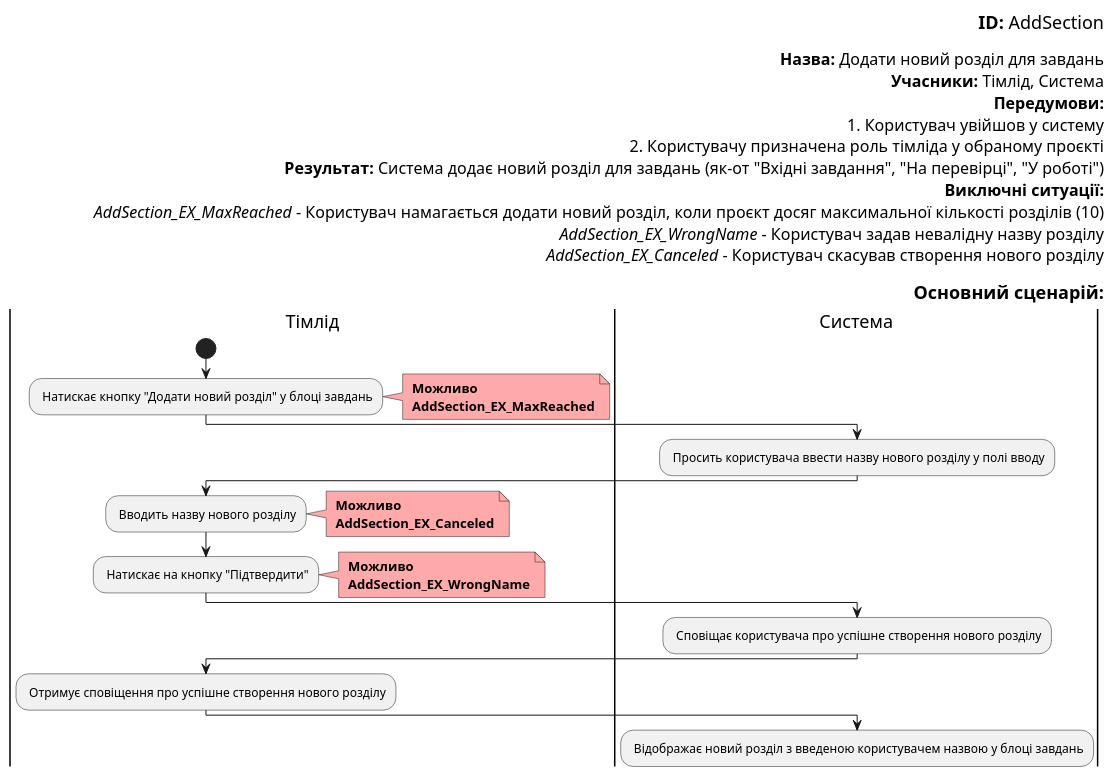
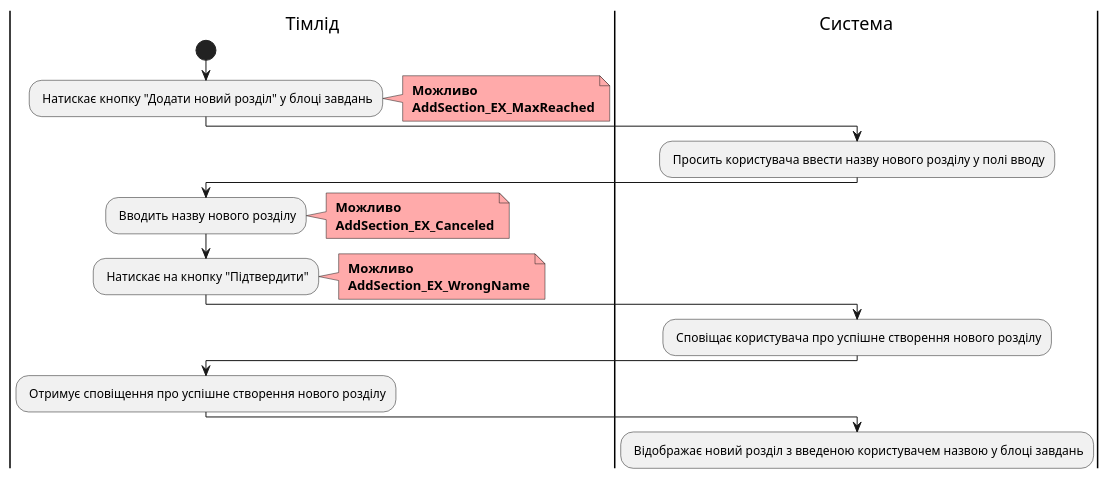
One commit to boldak/edu-db-cw changed the tenth of 19 diagrams in docs/use cases/README.md. Above: the diagram before and after it, drawn with PlantUML. The commit also changed other lines of this file, not shown here.

```diff
--- a/docs/use cases/README.md
+++ b/docs/use cases/README.md
@@ -567,54 +606,37 @@
 @startuml
-
-    right header        
-        <font color=000 size=18><b>ID:</b> AddSection
-
-        <font color=000 size=16><b>Назва:</b> Додати новий розділ для завдань
-        <font color=000 size=16><b>Учасники:</b> Тімлід, Система
-        <font color=000 size=16><b>Передумови:</b> 
-        <font color=000 size=16> 1. Користувач увійшов у систему
-        <font color=000 size=16> 2. Користувачу призначена роль тімліда у обраному проєкті
-        <font color=000 size=16><b>Результат:</b> Система додає новий розділ для завдань (як-от "Вхідні завдання", "На перевірці", "У роботі")
-        <font color=000 size=16><b>Виключні ситуації:</b>
-        <font color=000 size=16><i>AddSection_EX_MaxReached</i> - Користувач намагається додати новий розділ, коли проєкт досяг максимальної кількості розділів (10)
-        <font color=000 size=16><i>AddSection_EX_WrongName</i> - Користувач задав невалідну назву розділу
-        <font color=000 size=16><i>AddSection_EX_Canceled</i> - Користувач скасував створення нового розділу
-
-        <font color=000 size=18><b>Основний сценарій:</b>
-    end header
 
     |Тімлід|
         start
         : Натискає кнопку "Додати новий розділ" у блоці завдань;
         note right #ffaaaa
         <b> Можливо
         <b> AddSection_EX_MaxReached
         end note
 
     |Система|
         : Просить користувача ввести назву нового розділу у полі вводу;
 
     |Тімлід|
         : Вводить назву нового розділу;
         note right #ffaaaa
         <b> Можливо
         <b> AddSection_EX_Canceled
         end note
 
     |Тімлід|
         : Натискає на кнопку "Підтвердити";
         note right #ffaaaa
         <b> Можливо
         <b> AddSection_EX_WrongName
         end note
 
     |Система|
         : Сповіщає користувача про успішне створення нового розділу;
 
     |Тімлід|
         : Отримує сповіщення про успішне створення нового розділу;  
 
     |Система|
         : Відображає новий розділ з введеною користувачем назвою у блоці завдань;  
 
 @enduml
```
